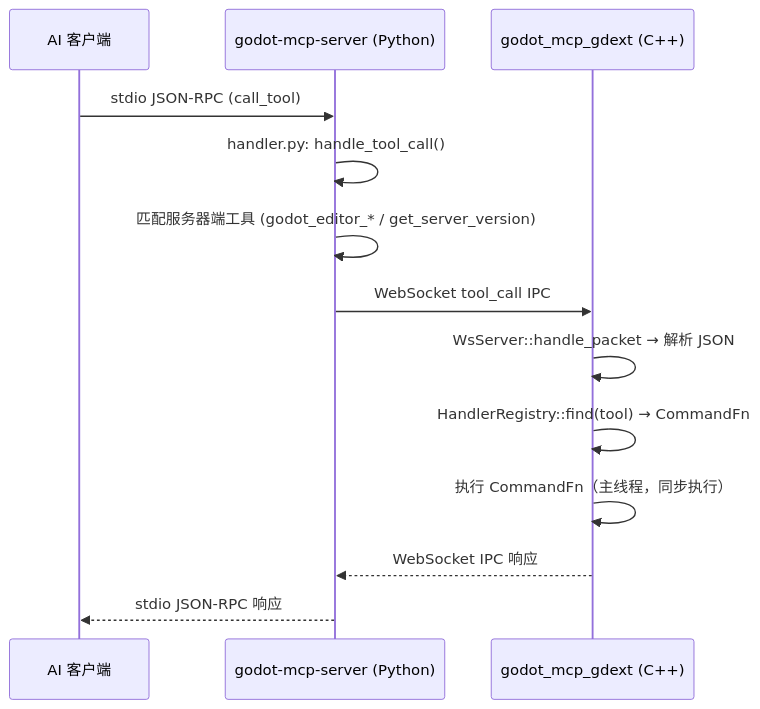
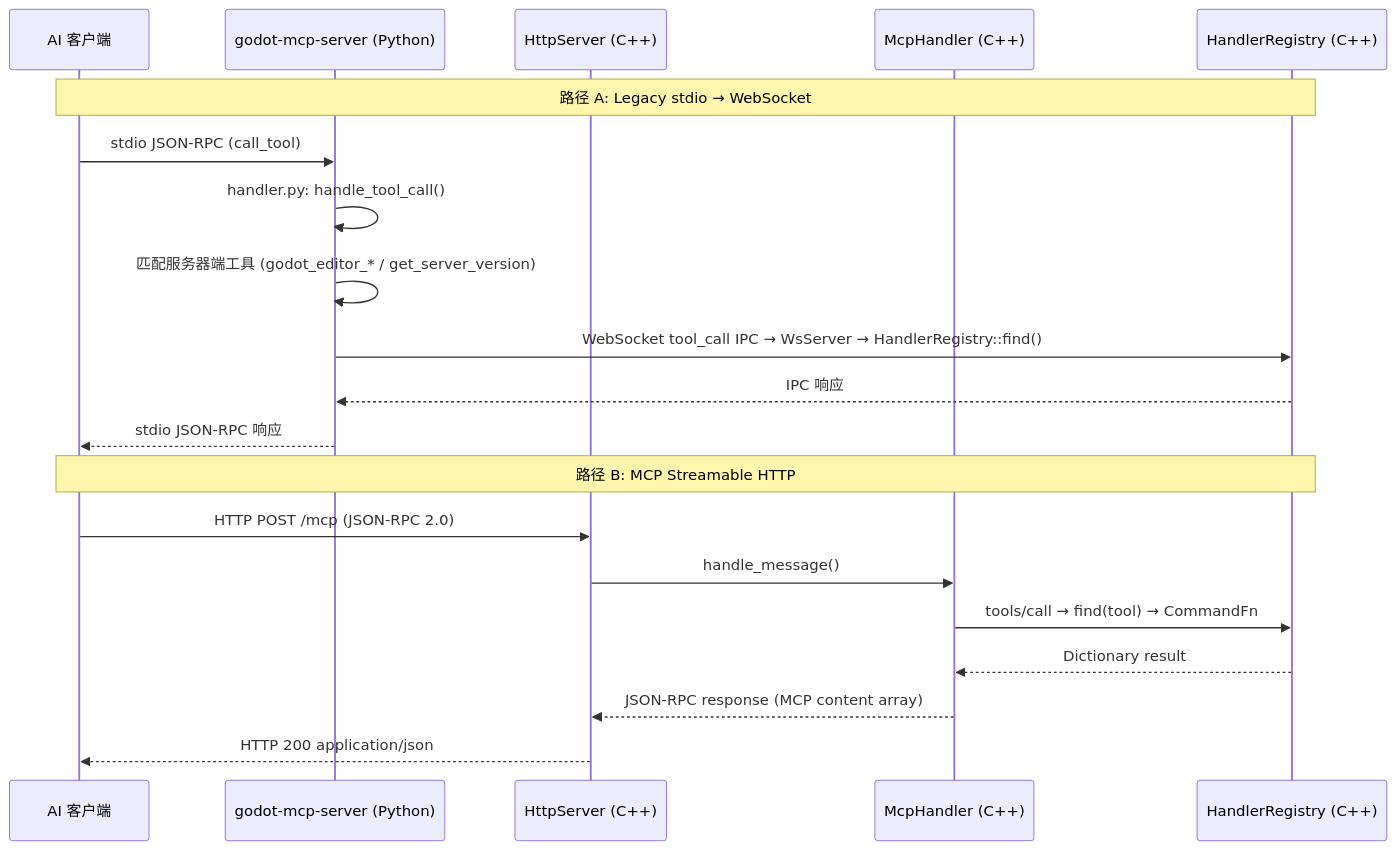
The diagram in .repo_wiki/overview/architecture.md (jesspig/GodotMCP-GDExtension), drawn with Mermaid before and after one commit. The commit also changed other lines of this file and 17 other files, not shown here.

````diff
--- a/.repo_wiki/overview/architecture.md
+++ b/.repo_wiki/overview/architecture.md
@@ -65,16 +62,24 @@
 ```mermaid
 sequenceDiagram
     participant AI as AI 客户端
     participant S as godot-mcp-server (Python)
-    participant G as godot_mcp_gdext (C++)
+    participant H as HttpServer (C++)
+    participant M as McpHandler (C++)
+    participant G as HandlerRegistry (C++)
     
+    Note over AI,G: 路径 A: Legacy stdio → WebSocket
     AI->>S: stdio JSON-RPC (call_tool)
     S->>S: handler.py: handle_tool_call()
     S->>S: 匹配服务器端工具 (godot_editor_* / get_server_version)
-    S->>G: WebSocket tool_call IPC
-    G->>G: WsServer::handle_packet → 解析 JSON
-    G->>G: HandlerRegistry::find(tool) → CommandFn
-    G->>G: 执行 CommandFn（主线程，同步执行）
-    G-->>S: WebSocket IPC 响应
+    S->>G: WebSocket tool_call IPC → WsServer → HandlerRegistry::find()
+    G-->>S: IPC 响应
     S-->>AI: stdio JSON-RPC 响应
+    
+    Note over AI,G: 路径 B: MCP Streamable HTTP
+    AI->>H: HTTP POST /mcp (JSON-RPC 2.0)
+    H->>M: handle_message()
+    M->>G: tools/call → find(tool) → CommandFn
+    G-->>M: Dictionary result
+    M-->>H: JSON-RPC response (MCP content array)
+    H-->>AI: HTTP 200 application/json
 ```
````
